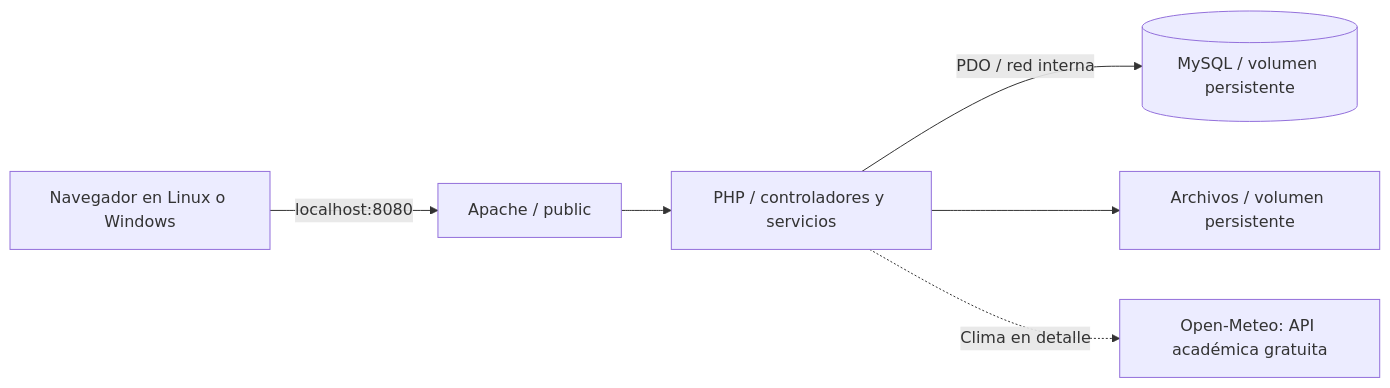
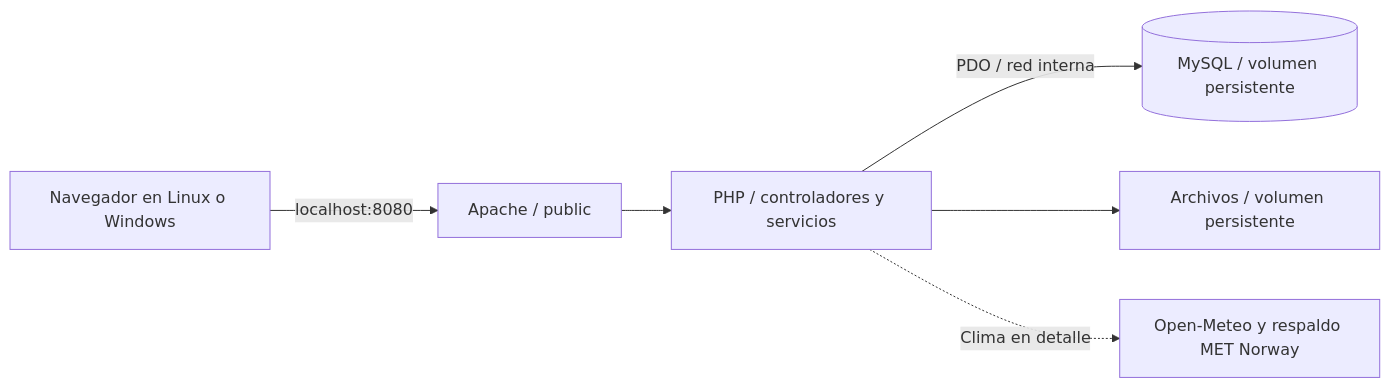
Before and after one commit to KendallGA99/eventify: the diagram in docs/ARQUITECTURA.md, drawn with Mermaid. The commit also changed 5 other files, not shown here.

````diff
--- a/docs/ARQUITECTURA.md
+++ b/docs/ARQUITECTURA.md
@@ -13,8 +13,8 @@
 ```mermaid
 flowchart LR
     B[Navegador en Linux o Windows] -->|localhost:8080| W[Apache / public]
     W --> P[PHP / controladores y servicios]
     P -->|PDO / red interna| D[(MySQL / volumen persistente)]
     P --> S[Archivos / volumen persistente]
-    P -. Clima en detalle .-> A[Open-Meteo: API académica gratuita]
+    P -. Clima en detalle .-> A[Open-Meteo y respaldo MET Norway]
 ```
````
